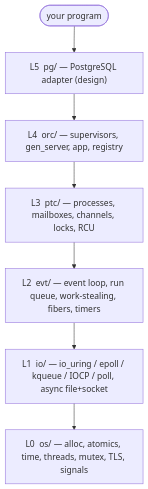
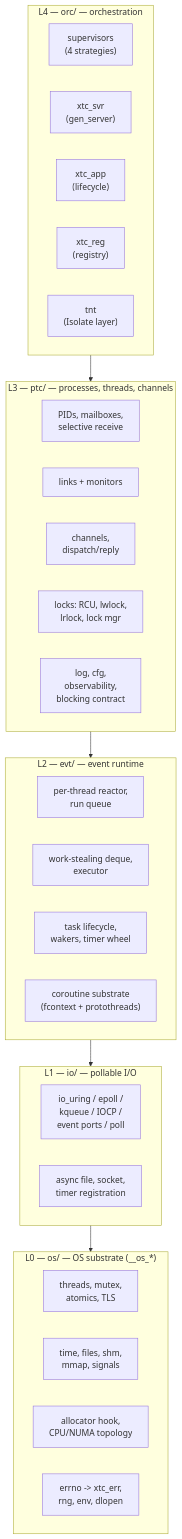
Before and after one commit to gburd/libxtc: the second of 2 diagrams in docs/ARCHITECTURE.md, drawn with Mermaid. The commit also changed other lines of this file and 27 other files, not shown here.

First line of the commit message:
docs: API-reference section, Testing + Benchmarking, mermaid gate, polish

````diff
--- a/docs/ARCHITECTURE.md
+++ b/docs/ARCHITECTURE.md
@@ -16,10 +44,40 @@
 ```mermaid
 flowchart TD
-    APP(["your program"]) --> L5
-    L5["L5  pg/ &mdash; PostgreSQL adapter (design)"] --> L4
-    L4["L4  orc/ &mdash; supervisors, gen_server, app, registry"] --> L3
-    L3["L3  ptc/ &mdash; processes, mailboxes, channels, locks, RCU"] --> L2
-    L2["L2  evt/ &mdash; event loop, run queue, work-stealing, fibers, timers"] --> L1
-    L1["L1  io/ &mdash; io_uring / epoll / kqueue / IOCP / poll, async file+socket"] --> L0
-    L0["L0  os/ &mdash; alloc, atomics, time, threads, mutex, TLS, signals"]
+    subgraph L4["L4 &mdash; orc/ &mdash; orchestration"]
+        direction LR
+        A4["supervisors<br/>(4 strategies)"]
+        B4["xtc_svr<br/>(gen_server)"]
+        C4["xtc_app<br/>(lifecycle)"]
+        D4["xtc_reg<br/>(registry)"]
+        E4["tnt<br/>(Isolate layer)"]
+    end
+    subgraph L3["L3 &mdash; ptc/ &mdash; processes, threads, channels"]
+        direction LR
+        A3["PIDs, mailboxes,<br/>selective receive"]
+        B3["links + monitors"]
+        C3["channels,<br/>dispatch/reply"]
+        D3["locks: RCU, lwlock,<br/>lrlock, lock mgr"]
+        E3["log, cfg,<br/>observability,<br/>blocking contract"]
+    end
+    subgraph L2["L2 &mdash; evt/ &mdash; event runtime"]
+        direction LR
+        A2["per-thread reactor,<br/>run queue"]
+        B2["work-stealing deque,<br/>executor"]
+        C2["task lifecycle,<br/>wakers, timer wheel"]
+        D2["coroutine substrate<br/>(fcontext + protothreads)"]
+    end
+    subgraph L1["L1 &mdash; io/ &mdash; pollable I/O"]
+        direction LR
+        A1["io_uring / epoll /<br/>kqueue / IOCP /<br/>event ports / poll"]
+        B1["async file, socket,<br/>timer registration"]
+    end
+    subgraph L0["L0 &mdash; os/ &mdash; OS substrate (__os_*)"]
+        direction LR
+        A0["threads, mutex,<br/>atomics, TLS"]
+        B0["time, files, shm,<br/>mmap, signals"]
+        C0["allocator hook,<br/>CPU/NUMA topology"]
+        D0["errno -> xtc_err,<br/>rng, env, dlopen"]
+    end
+    L4 --> L3 --> L2 --> L1 --> L0
+    classDef grp fill:#eef4ff,stroke:#4066c0;
 ```
````
